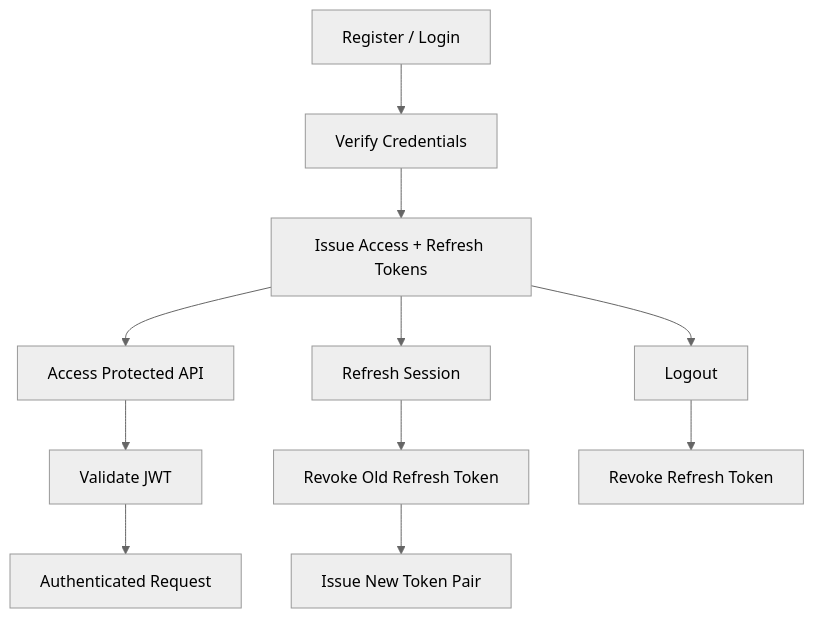
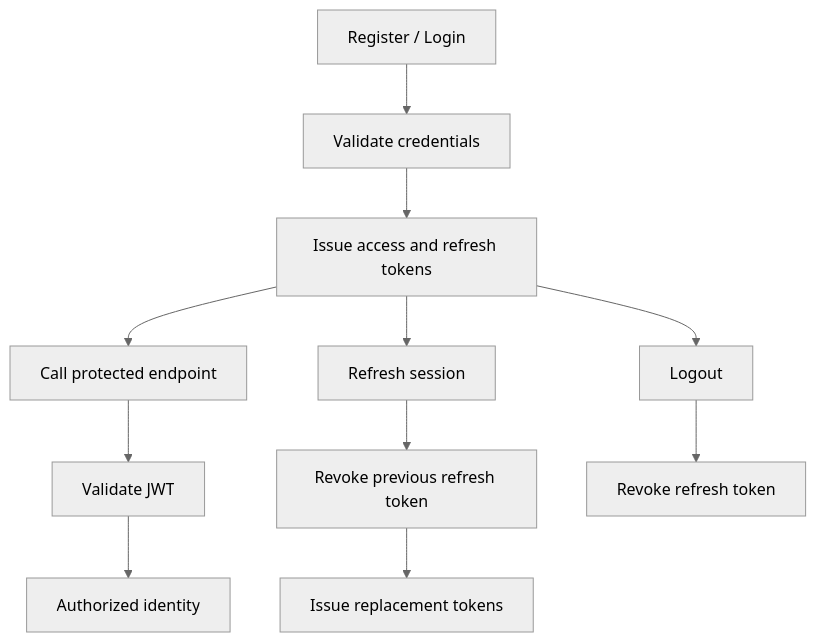
One commit to AMAN-AJWA-FATIMA/Backend changed the second of 6 diagrams in README.md. Above: the diagram before and after it, drawn with Mermaid (neutral theme). The commit also changed other lines of this file and 5 other files, not shown here.

````diff
--- a/README.md
+++ b/README.md
@@ -239,13 +215,13 @@
 ```mermaid
 flowchart TD
-    A["Register / Login"] --> B["Verify Credentials"]
-    B --> C["Issue Access + Refresh Tokens"]
-    C --> D["Access Protected API"]
-    D --> E["Validate JWT"]
-    E --> F["Authenticated Request"]
-    C --> G["Refresh Session"]
-    G --> H["Revoke Old Refresh Token"]
-    H --> I["Issue New Token Pair"]
-    C --> J["Logout"]
-    J --> K["Revoke Refresh Token"]
+    A[Register / Login] --> B[Validate credentials]
+    B --> C[Issue access and refresh tokens]
+    C --> D[Call protected endpoint]
+    D --> E[Validate JWT]
+    E --> F[Authorized identity]
+    C --> G[Refresh session]
+    G --> H[Revoke previous refresh token]
+    H --> I[Issue replacement tokens]
+    C --> J[Logout]
+    J --> K[Revoke refresh token]
 ```
````
